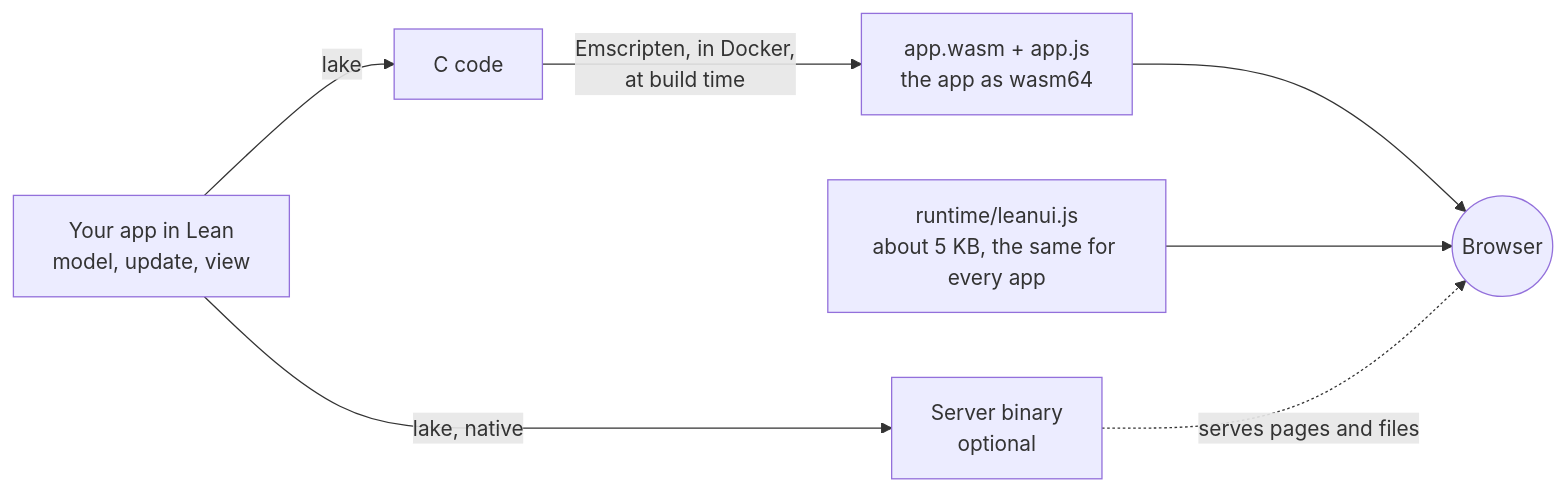
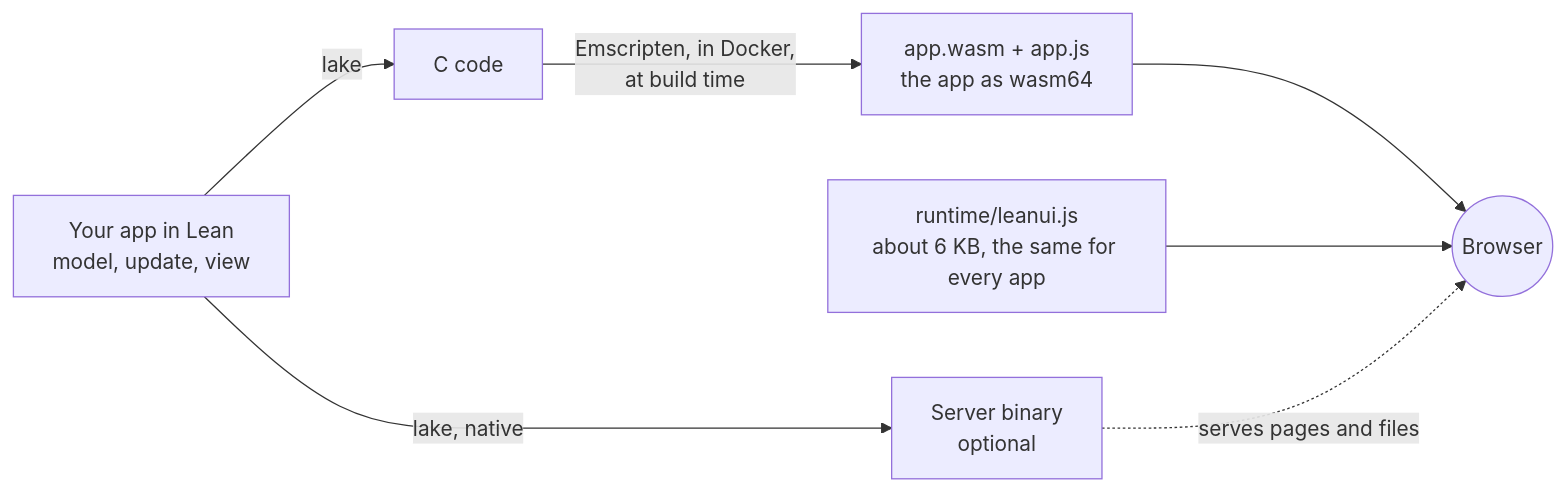
The first of 2 diagrams in README.md (FawadHa1der/leanui), drawn with Mermaid before and after one commit. The commit also changed other lines of this file and 6 other files, not shown here.

````diff
--- a/README.md
+++ b/README.md
@@ -48,11 +48,11 @@
 ```mermaid
 flowchart LR
   app["Your app in Lean<br/>model, update, view"]
   app -->|"lake"| c["C code"]
   c -->|"Emscripten, in Docker,<br/>at build time"| wasm["app.wasm + app.js<br/>the app as wasm64"]
   app -->|"lake, native"| server["Server binary<br/>optional"]
-  rt["runtime/leanui.js<br/>about 5 KB, the same for every app"]
+  rt["runtime/leanui.js<br/>about 6 KB, the same for every app"]
   wasm --> browser(("Browser"))
   rt --> browser
   server -.->|"serves pages and files"| browser
 ```
````
